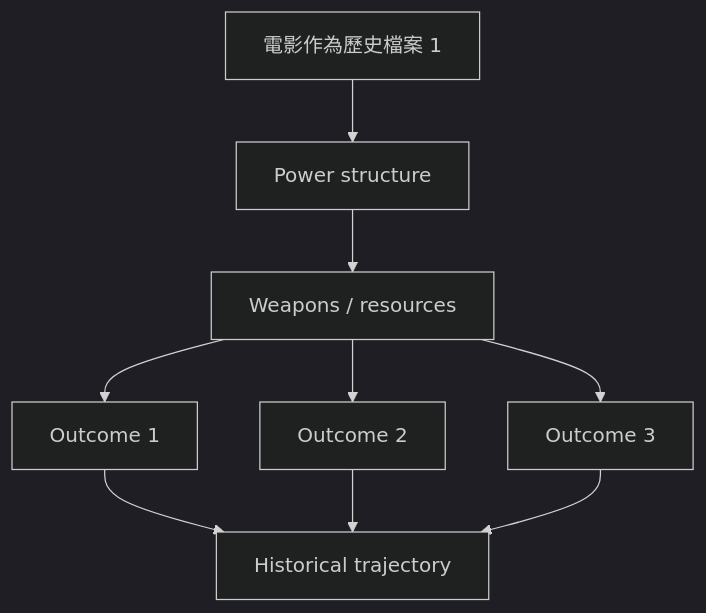
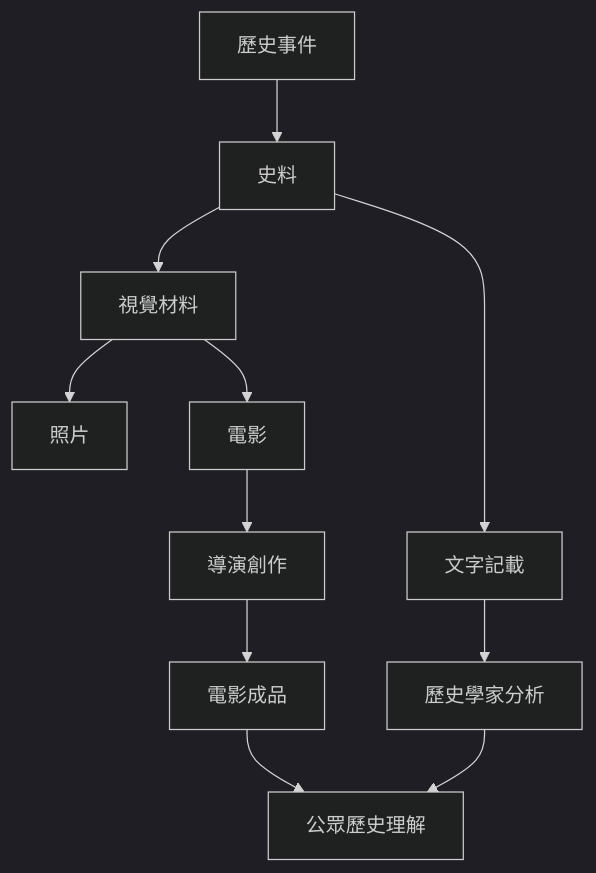
The first of 8 diagrams in 01_HKU_Courses/HIST2031_History_through_Film.md (yip-lgtm/HKU-Harvard-History-Self-Study), drawn with Mermaid (dark theme) before and after one commit. The commit also changed other lines of this file and 48 other files, not shown here.

````diff
--- a/01_HKU_Courses/HIST2031_History_through_Film.md
+++ b/01_HKU_Courses/HIST2031_History_through_Film.md
@@ -107,11 +137,16 @@
 ```mermaid
-graph TD
-    A[電影作為歷史檔案 1] --> B[Power structure]
-    B --> C[Weapons / resources]
-    C --> D[Outcome 1]
-    C --> E[Outcome 2]
-    C --> F[Outcome 3]
-    D --> G[Historical trajectory]
-    E --> G
-    F --> G
+flowchart TD
+    A[歷史事件] --> B[史料]
+    B --> C[文字記載]
+    B --> D[視覺材料]
+    D --> E[照片]
+    D --> F[電影]
+    
+    C --> G[歷史學家分析]
+    F --> H[導演創作]
+    
+    H --> I[電影成品]
+    I --> J[公眾歷史理解]
+    
+    G --> J
 ```
````
